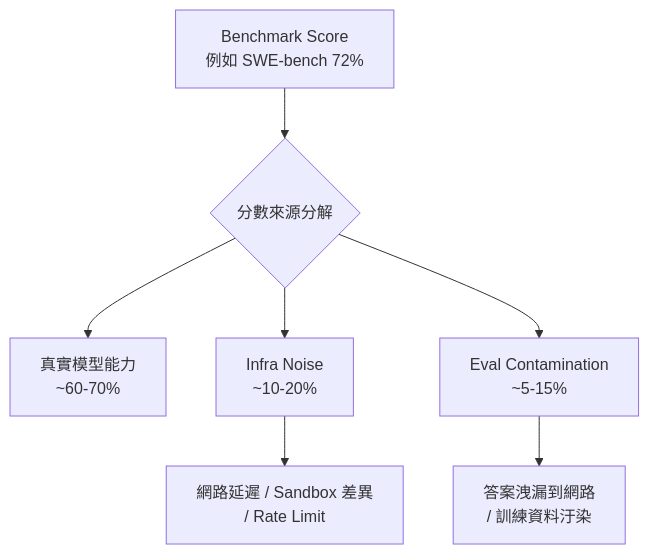
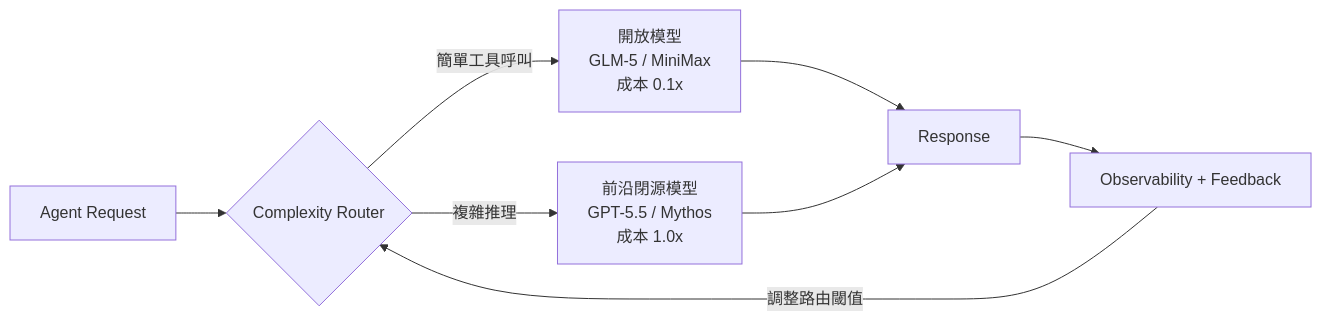
Before and after one commit to livia-hsieh/ai-intel-harness: the fourth of 5 diagrams in digests/2026-W19/foundation.md, drawn with Mermaid. The commit also changed other lines of this file and 1 other file, not shown here.

````diff
--- a/digests/2026-W19/foundation.md
+++ b/digests/2026-W19/foundation.md
@@ -116,9 +118,10 @@
 ```mermaid
-flowchart TD
-    A[Benchmark Score<br/>例如 SWE-bench 72%] --> B{分數來源分解}
-    B --> C[真實模型能力<br/>~60-70%]
-    B --> D[Infra Noise<br/>~10-20%]
-    B --> E[Eval Contamination<br/>~5-15%]
-    D --> F[網路延遲 / Sandbox 差異<br/>/ Rate Limit]
-    E --> G[答案洩漏到網路<br/>/ 訓練資料汙染]
+flowchart LR
+    A[Agent Request] --> B{Complexity Router}
+    B -->|簡單工具呼叫| C[開放模型<br/>GLM-5 / MiniMax<br/>成本 0.1x]
+    B -->|複雜推理| D[前沿閉源模型<br/>GPT-5.5 / Mythos<br/>成本 1.0x]
+    C --> E[Response]
+    D --> E
+    E --> F[Observability + Feedback]
+    F -->|調整路由閾值| B
 ```
````
